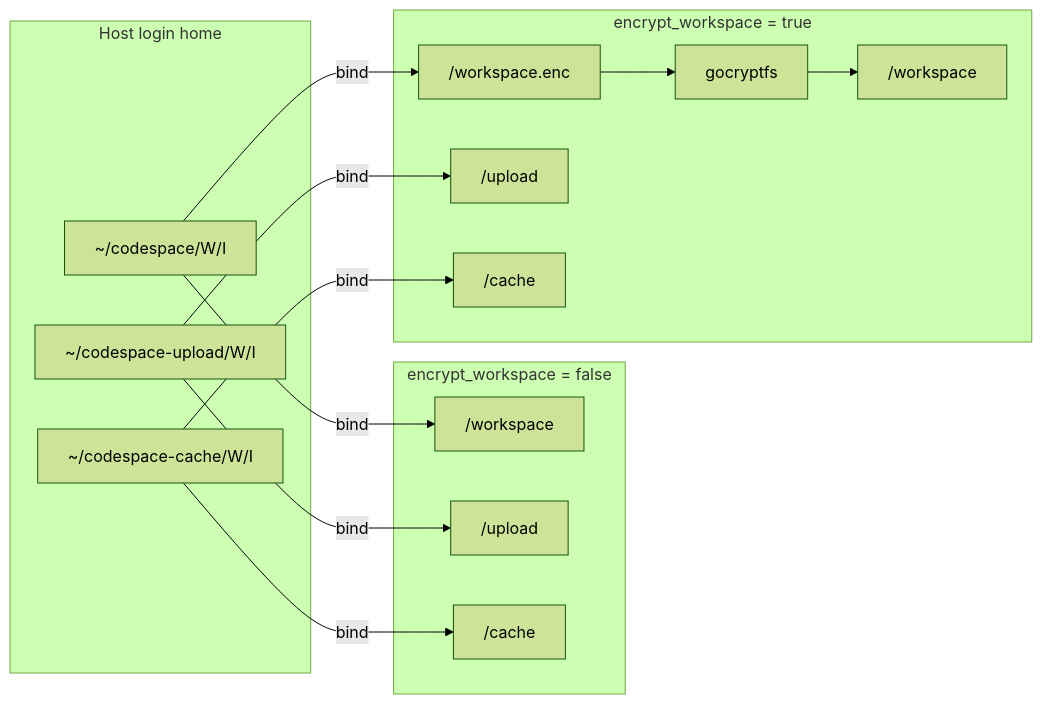
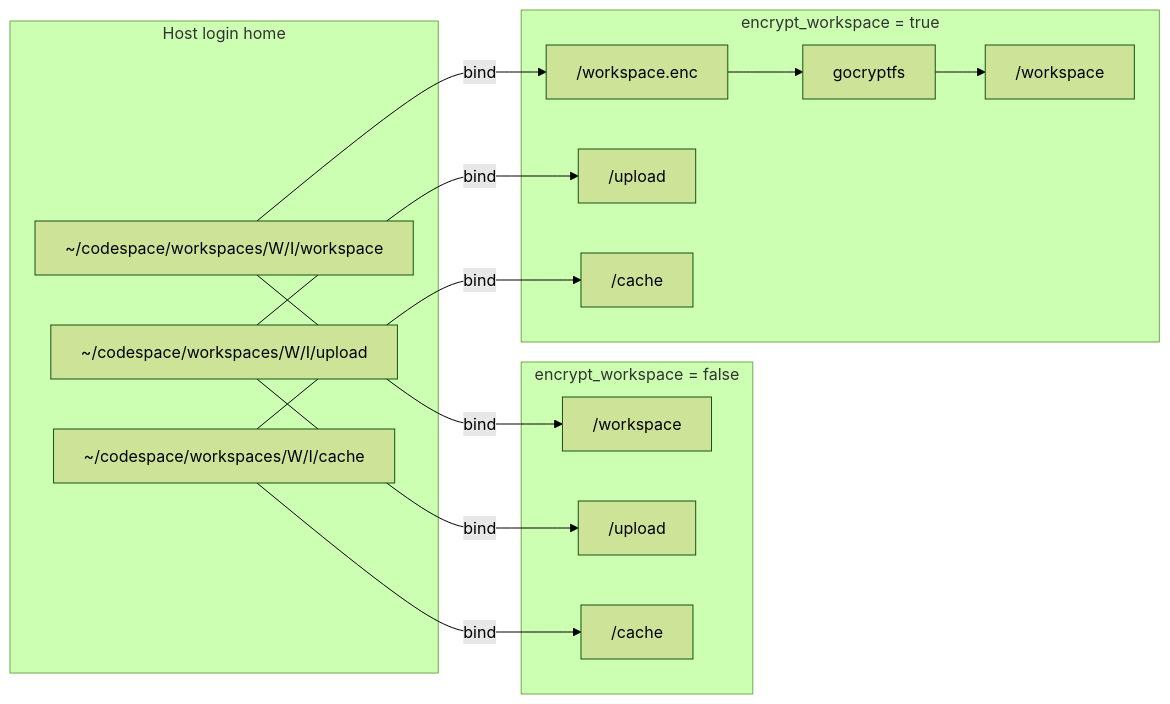
Before and after one commit to curoky/codespace: the third of 9 diagrams in controller/DESIGN.md, drawn with Mermaid (forest theme). The commit also changed other lines of this file and 18 other files, not shown here.

````diff
--- a/controller/DESIGN.md
+++ b/controller/DESIGN.md
@@ -105,30 +104,30 @@
 ```mermaid
 flowchart LR
     subgraph Host["Host login home"]
-        W["~/codespace/W/I"]
-        U["~/codespace-upload/W/I"]
-        C["~/codespace-cache/W/I"]
+        W["~/codespace/workspaces/W/I/workspace"]
+        U["~/codespace/workspaces/W/I/upload"]
+        C["~/codespace/workspaces/W/I/cache"]
     end
 
     subgraph Plain["encrypt_workspace = false"]
         PW["/workspace"]
         PU["/upload"]
         PC["/cache"]
     end
 
     subgraph Encrypted["encrypt_workspace = true"]
         EW["/workspace.enc"]
         G["gocryptfs"]
         EP["/workspace"]
         EU["/upload"]
         EC["/cache"]
         EW --> G --> EP
     end
 
     W -->|bind| PW
     U -->|bind| PU
     C -->|bind| PC
     W -->|bind| EW
     U -->|bind| EU
     C -->|bind| EC
 ```
````
